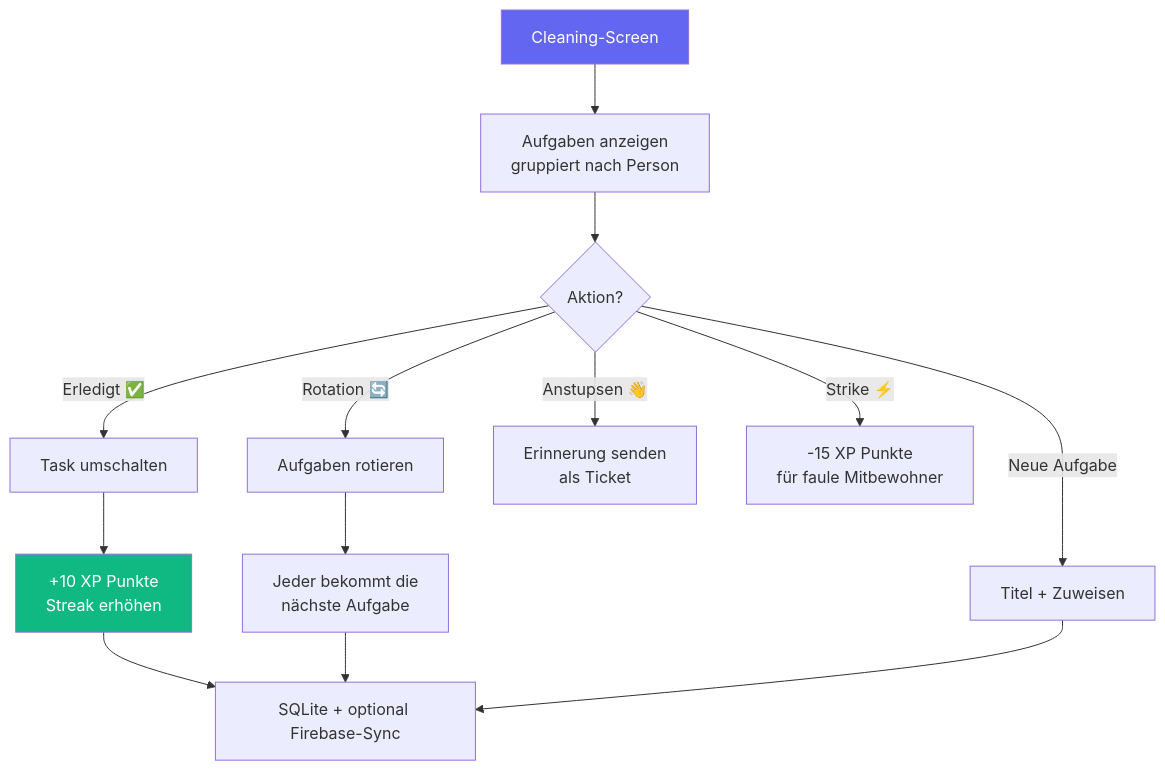
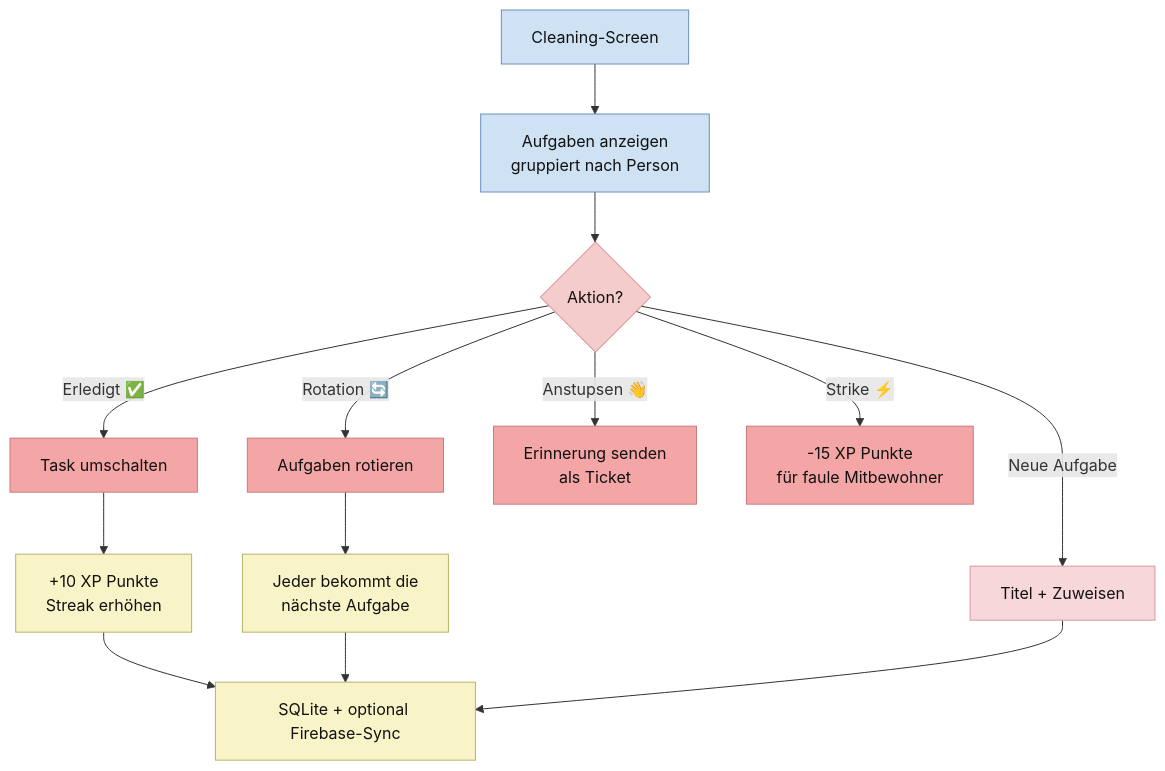
The fifth of 23 diagrams in ABLAUFDIAGRAMM.md (Nejy190501/WGManager), drawn with Mermaid before and after one commit. The commit also changed other lines of this file, not shown here.

````diff
--- a/ABLAUFDIAGRAMM.md
+++ b/ABLAUFDIAGRAMM.md
@@ -175,21 +240,32 @@
 ```mermaid
 flowchart TD
     A["Cleaning-Screen"] --> B["Aufgaben anzeigen<br/>gruppiert nach Person"]
     B --> C{"Aktion?"}
     C -->|Erledigt ✅| D["Task umschalten"]
     D --> E["+10 XP Punkte<br/>Streak erhöhen"]
     E --> F["SQLite + optional Firebase-Sync"]
     
     C -->|Rotation 🔄| G["Aufgaben rotieren"]
     G --> H["Jeder bekommt die<br/>nächste Aufgabe"]
     H --> F
     
     C -->|Neue Aufgabe| I["Titel + Zuweisen"]
     I --> F
     
     C -->|Anstupsen 👋| J["Erinnerung senden<br/>als Ticket"]
     C -->|Strike ⚡| K["-15 XP Punkte<br/>für faule Mitbewohner"]
 
-    style A fill:#6366f1,color:#fff
-    style E fill:#10b981,color:#fff
+    classDef userAction fill:#ead1f2,stroke:#8e7cc3,color:#111;
+    classDef systemAction fill:#f9f4c7,stroke:#b7b26a,color:#111;
+    classDef userDecision fill:#f4cccc,stroke:#cc7a7a,color:#111;
+    classDef systemDecision fill:#fff2b2,stroke:#c9b458,color:#111;
+    classDef button fill:#f4a6a6,stroke:#c97b7b,color:#111;
+    classDef userInput fill:#f8d7da,stroke:#d49aa2,color:#111;
+    classDef screen fill:#cfe2f3,stroke:#6c8ebf,color:#111;
+
+    class E,F,H systemAction;
+    class C userDecision;
+    class D,G,J,K button;
+    class I userInput;
+    class A,B screen;
 ```
````
